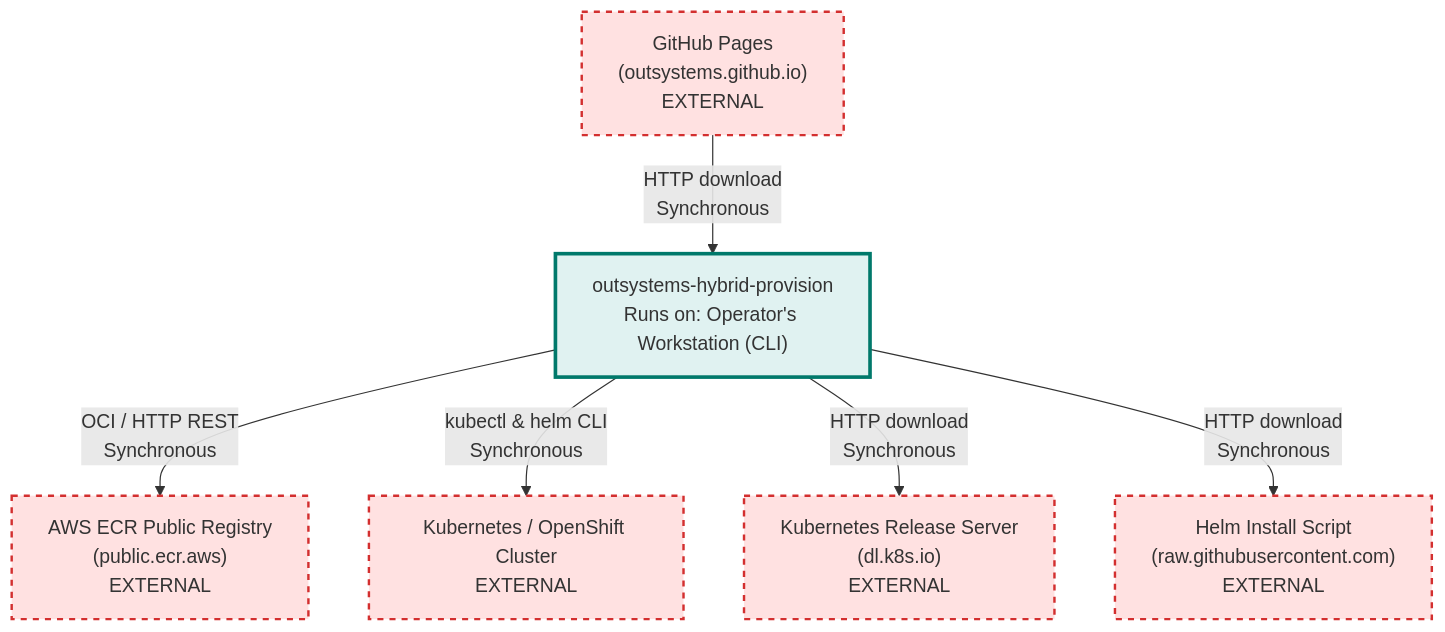
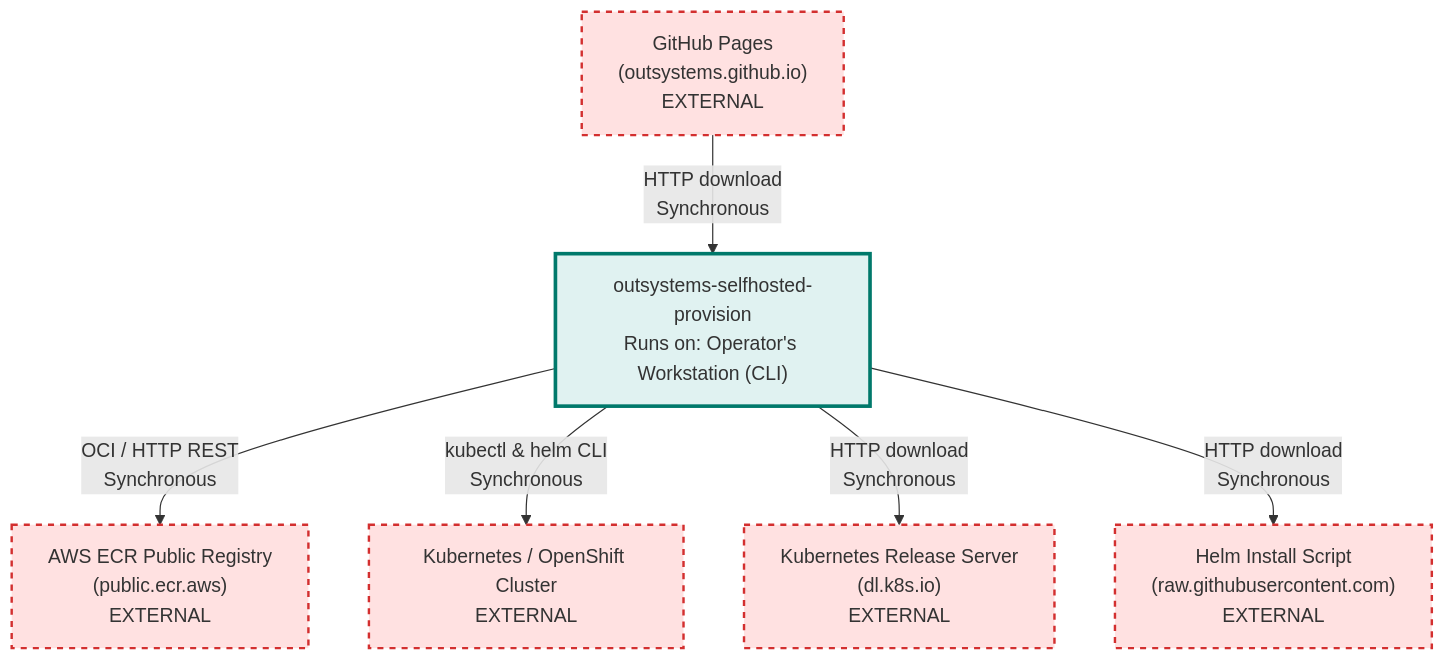
The diagram in ARCHITECTURE.md (OutSystems/outsystems-hybrid-provision), drawn with Mermaid before and after one commit. The commit also changed other lines of this file and 3 other files, not shown here.

Commit message:
RDSHDT-3139: Rename provisioning script to outsystems-selfhosted-provision (#32)

````diff
--- a/ARCHITECTURE.md
+++ b/ARCHITECTURE.md
@@ -13,23 +13,23 @@
 ```mermaid
 graph TB
-    ThisRepo["outsystems-hybrid-provision<br/>Runs on: Operator's Workstation (CLI)"]
+    ThisRepo["outsystems-selfhosted-provision<br/>Runs on: Operator's Workstation (CLI)"]
 
     ECR["AWS ECR Public Registry<br/>(public.ecr.aws)<br/>EXTERNAL"]
     K8s["Kubernetes / OpenShift Cluster<br/>EXTERNAL"]
     GHPages["GitHub Pages<br/>(outsystems.github.io)<br/>EXTERNAL"]
     KubeDL["Kubernetes Release Server<br/>(dl.k8s.io)<br/>EXTERNAL"]
     HelmGH["Helm Install Script<br/>(raw.githubusercontent.com)<br/>EXTERNAL"]
 
     GHPages -->|"HTTP download<br/>Synchronous"| ThisRepo
     ThisRepo -->|"OCI / HTTP REST<br/>Synchronous"| ECR
     ThisRepo -->|"kubectl & helm CLI<br/>Synchronous"| K8s
     ThisRepo -->|"HTTP download<br/>Synchronous"| KubeDL
     ThisRepo -->|"HTTP download<br/>Synchronous"| HelmGH
 
     classDef thisRepo fill:#e0f2f1,stroke:#00796b,stroke-width:3px
     classDef external fill:#ffe1e1,stroke:#d32f2f,stroke-width:2px,stroke-dasharray: 5 5
     classDef database fill:#f3e5f5,stroke:#7b1fa2,stroke-width:2px
 
     class ThisRepo thisRepo
     class ECR,K8s,GHPages,KubeDL,HelmGH external
 ```
````
